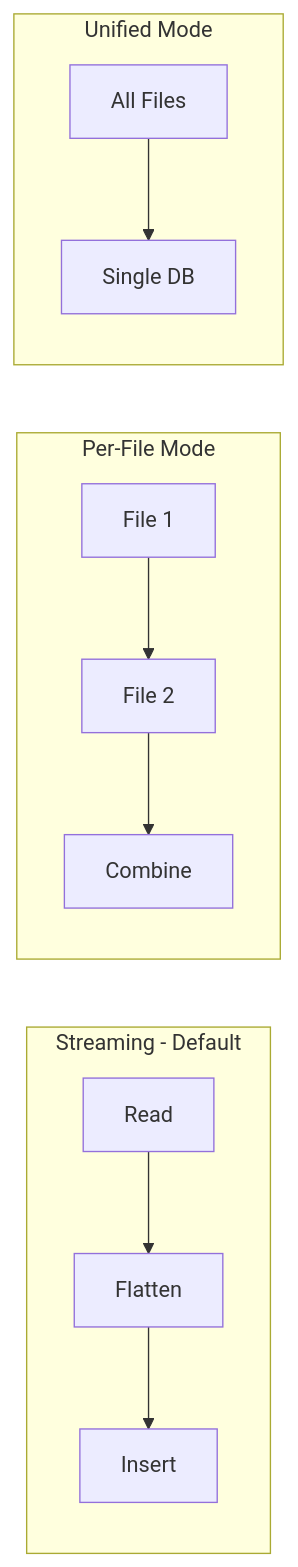
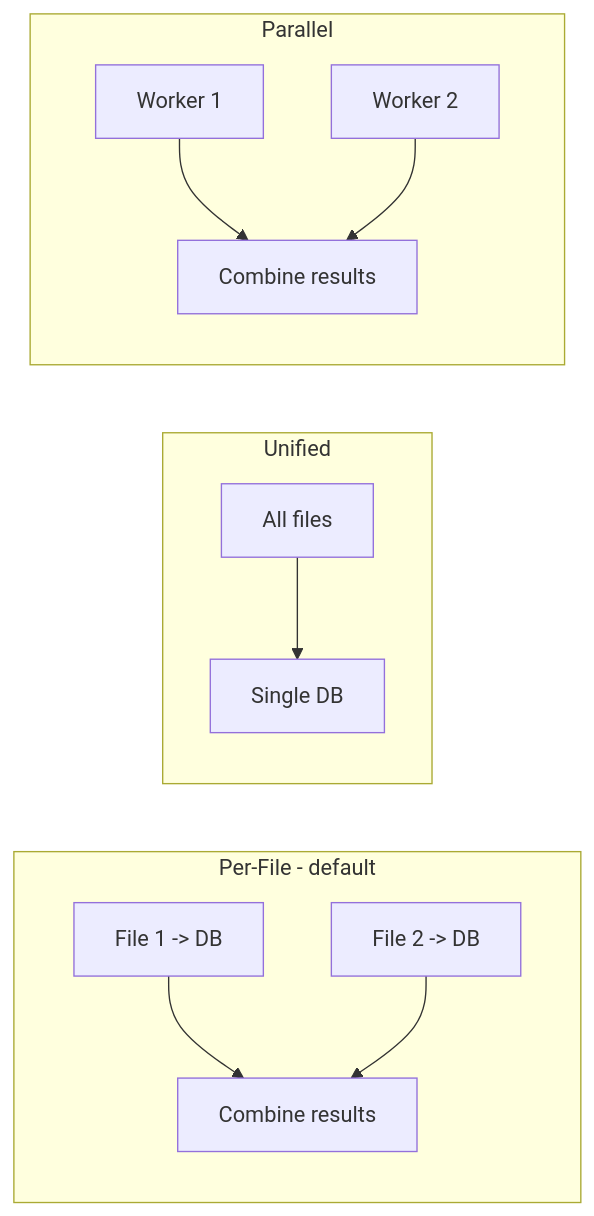
The fourth of 6 diagrams in docs/Internals.md (wagga40/Zircolite), drawn with Mermaid before and after one commit. The commit also changed other lines of this file and 8 other files, not shown here.

````diff
--- a/docs/Internals.md
+++ b/docs/Internals.md
@@ -84,14 +88,16 @@
 ```mermaid
 flowchart LR
-    subgraph Streaming[Streaming - Default]
-        S1[Read] --> S2[Flatten] --> S3[Insert]
+    subgraph PerFile[Per-File - default]
+        P1[File 1 -> DB] --> P3[Combine results]
+        P2[File 2 -> DB] --> P3
     end
-    
-    subgraph PerFile[Per-File Mode]
-        P1[File 1] --> P2[File 2] --> P3[Combine]
+
+    subgraph Unified[Unified]
+        U1[All files] --> U2[Single DB]
     end
-    
-    subgraph Unified[Unified Mode]
-        U1[All Files] --> U2[Single DB]
+
+    subgraph Parallel[Parallel]
+        R1[Worker 1] --> R3[Combine results]
+        R2[Worker 2] --> R3
     end
 ```
````
